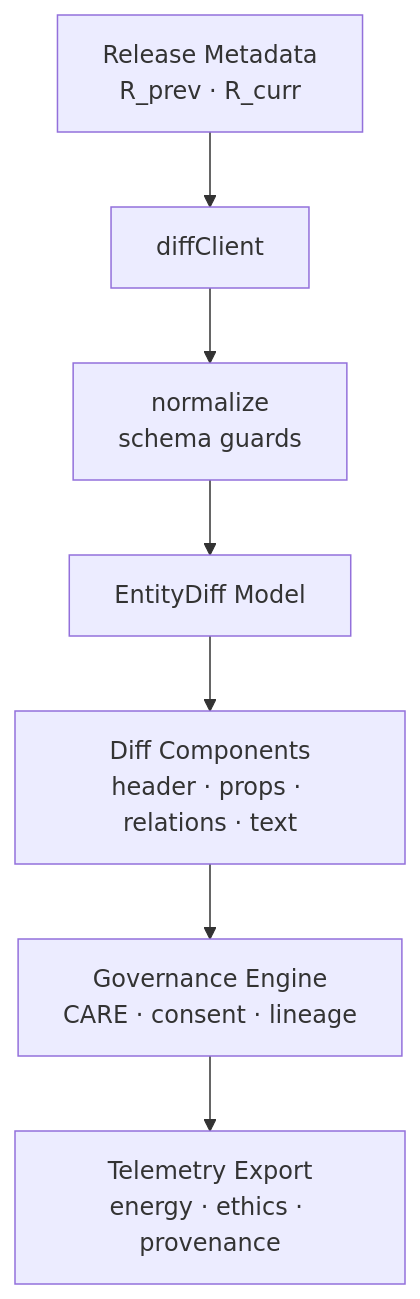
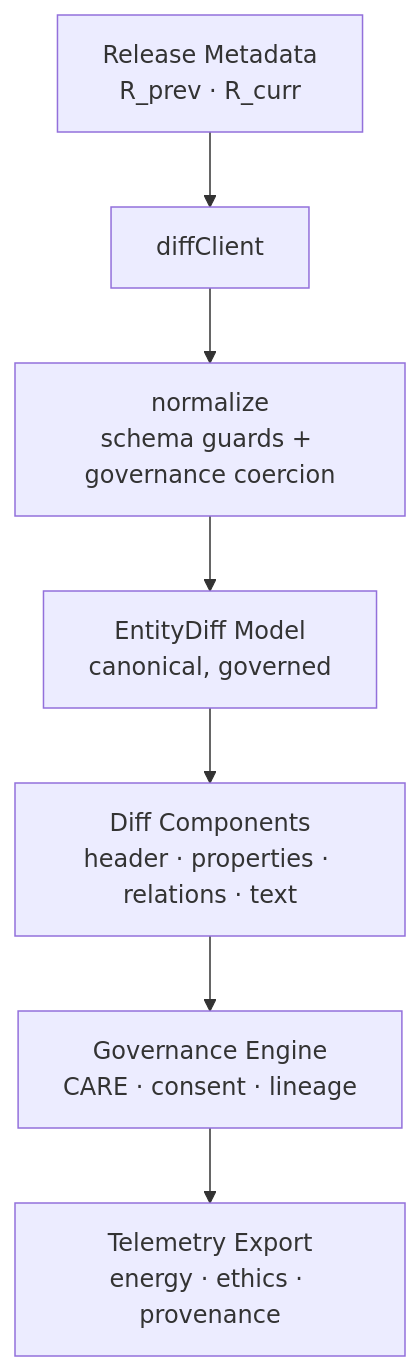
The first of 7 diagrams in web/src/entities/diff-first/README.md (bartytime4life/Kansas-Frontier-Matrix), drawn with Mermaid before and after one commit. The commit also changed other lines of this file, not shown here.

````diff
--- a/web/src/entities/diff-first/README.md
+++ b/web/src/entities/diff-first/README.md
@@ -111,9 +210,9 @@
-```mermaid
+~~~mermaid
 flowchart TD
     REL["Release Metadata<br/>R_prev · R_curr"] --> API["diffClient"]
-    API --> NORM["normalize<br/>schema guards"]
-    NORM --> DIFF["EntityDiff Model"]
-    DIFF --> UI["Diff Components<br/>header · props · relations · text"]
+    API --> NORM["normalize<br/>schema guards + governance coercion"]
+    NORM --> DIFF["EntityDiff Model<br/>canonical, governed"]
+    DIFF --> UI["Diff Components<br/>header · properties · relations · text"]
     UI --> GOV["Governance Engine<br/>CARE · consent · lineage"]
     GOV --> TEL["Telemetry Export<br/>energy · ethics · provenance"]
-```
+~~~
````
